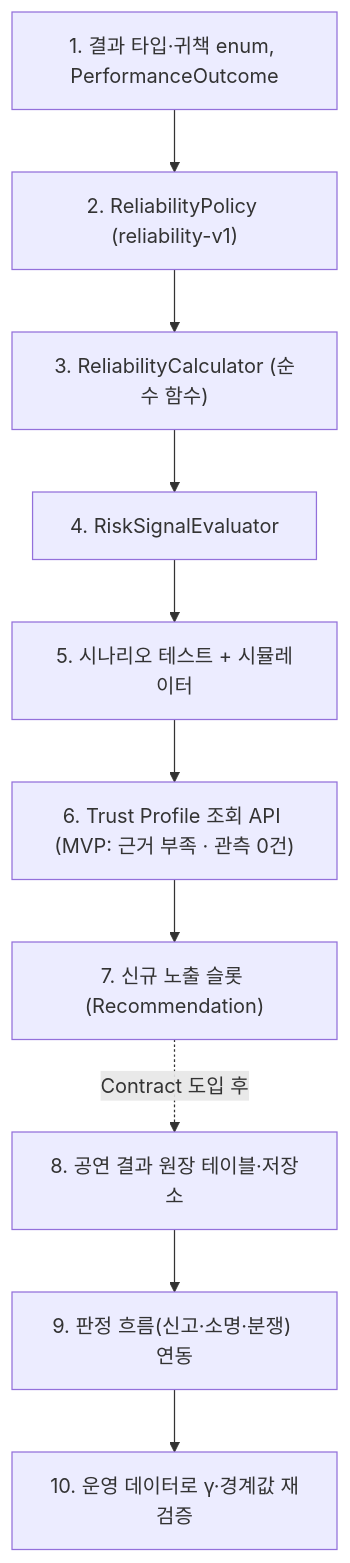
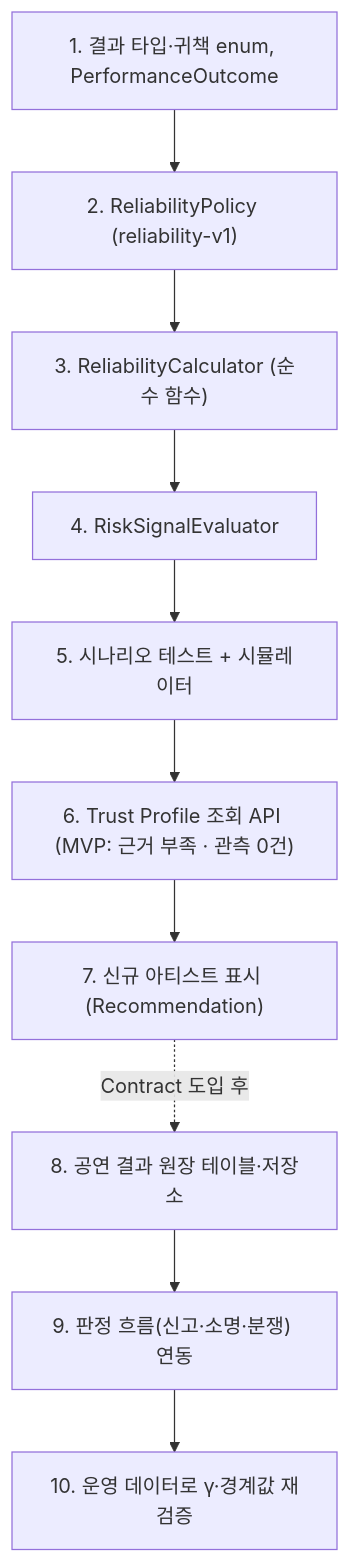
Before and after one commit to nsuCapstoneTeam/NSU_CAPSTONE: the second of 4 diagrams in docs/adr/artist_trust_architecture/06_database_and_implementation_roadmap.md, drawn with Mermaid. The commit also changed other lines of this file and 13 other files, not shown here.

````diff
--- a/docs/adr/artist_trust_architecture/06_database_and_implementation_roadmap.md
+++ b/docs/adr/artist_trust_architecture/06_database_and_implementation_roadmap.md
@@ -356,13 +356,13 @@
 ```mermaid
 flowchart TD
     S1["1. 결과 타입·귀책 enum, PerformanceOutcome"]
     S1 --> S2["2. ReliabilityPolicy (reliability-v1)"]
     S2 --> S3["3. ReliabilityCalculator (순수 함수)"]
     S3 --> S4["4. RiskSignalEvaluator"]
     S4 --> S5["5. 시나리오 테스트 + 시뮬레이터"]
     S5 --> S6["6. Trust Profile 조회 API (MVP: 근거 부족 · 관측 0건)"]
-    S6 --> S7["7. 신규 노출 슬롯 (Recommendation)"]
+    S6 --> S7["7. 신규 아티스트 표시 (Recommendation)"]
     S7 -.->|Contract 도입 후| S8["8. 공연 결과 원장 테이블·저장소"]
     S8 --> S9["9. 판정 흐름(신고·소명·분쟁) 연동"]
     S9 --> S10["10. 운영 데이터로 γ·경계값 재검증"]
 ```
````
